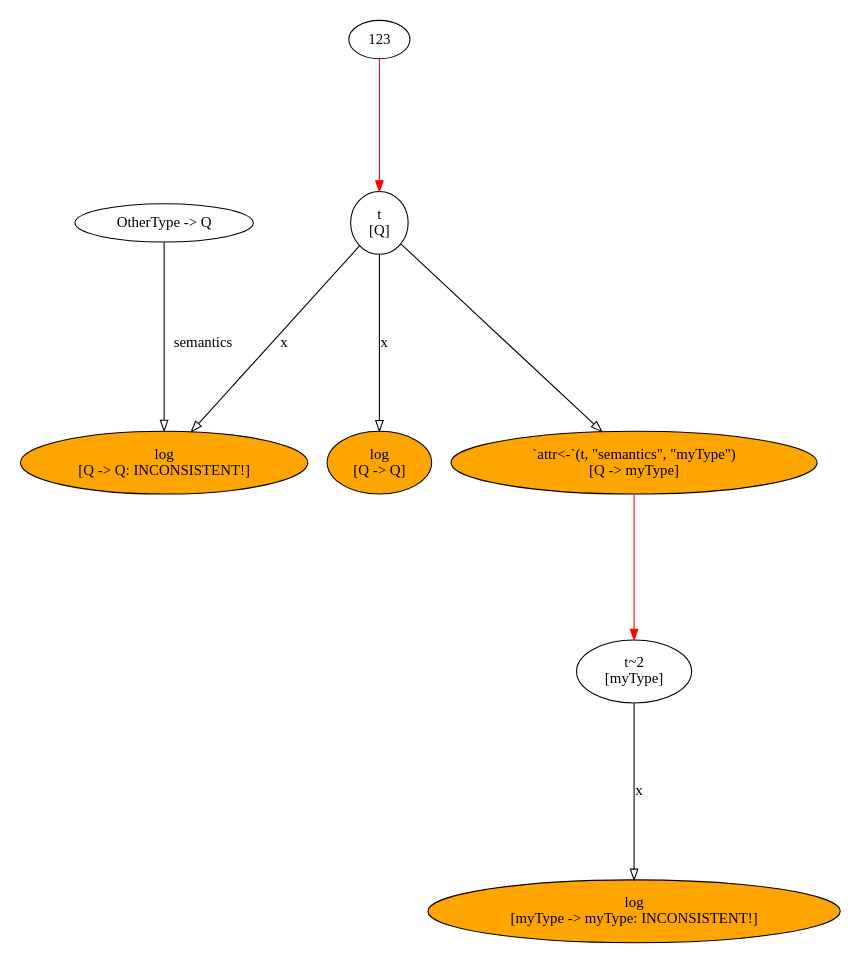
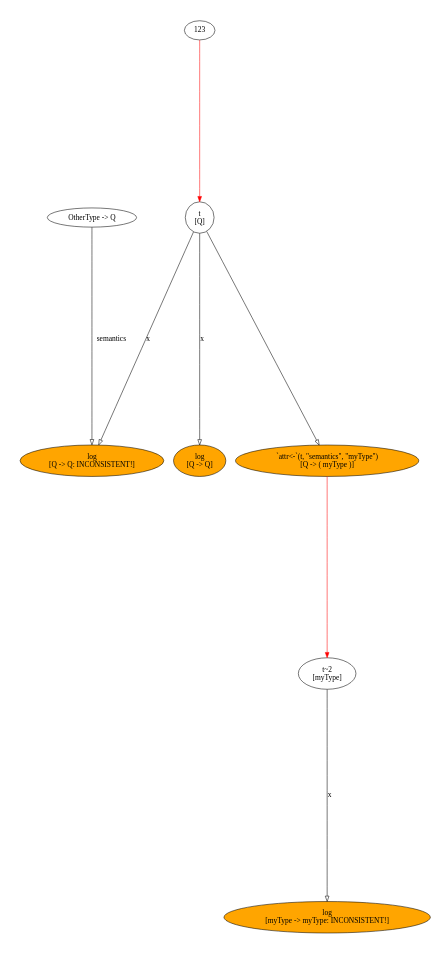
One commit to MatthiasHinz/AlgebR changed the diagram in output/inconsistentGraph.dot. Above: the diagram before and after it, drawn with Graphviz. The commit also changed 13 other files, not shown here.

```diff
--- a/output/inconsistentGraph.dot
+++ b/output/inconsistentGraph.dot
@@ -1,22 +1,22 @@
 digraph f {
-	graph [bgcolor=transparent, fontcolor=black, ratio=fill, splines=TRUE, rank=same, size="4.32291666666667,5.14583333333333", rankdir=TB];
+	graph [bgcolor=transparent, fontcolor=black, ratio=fill, splines=TRUE, rank=same, size="2.125,5.14583333333333", rankdir=TB];
 	node [label="\N", shape=ellipse, fixedsize=FALSE, fillcolor=white, style=filled, color=black, fontcolor=black, fontsize=14, height="0.5", width="0.75"];
 	edge [headport=center, style=solid, arrowhead=normal, color=black, dir=none, weight="1.0", fontcolor=black, arrowtail=none, fontsize=14, labelfontsize=11, arrowsize=1, minlen=1];
-	graph [bb="0,0,702,835.18"];
-	t [label="t \n[Q]", height="0.8171", pos="314,646"];
-	lt_6Lph7p [label=123, pos="314,802"];
-	fcall_lA72lk [label="log\n[Q -> Q]", fillcolor=orange, height="0.8171", width="1.2781", pos="314,439"];
-	fcall_KKmSSn [label="log\n[Q -> Q: INCONSISTENT!]", fillcolor=orange, height="0.8171", width="3.4788", pos="125,439"];
-	lt_LnxTYp [label="OtherType -> Q", width="2.0323", pos="125,646"];
-	"t~2" [label="t~2 \n[myType]", height="0.8171", width="1.4013", pos="525,261"];
-	expr_xoOajh [label="`attr<-`(t, \"semantics\", \"myType\")
-[Q -> myType]", fillcolor=orange, height="0.8171", width="4.0888", pos="525,439"];
-	fcall_I3UG0Z [label="log\n[myType -> myType: INCONSISTENT!]", fillcolor=orange, height="0.8171", width="4.919", pos="525,54"];
-	t -> fcall_lA72lk:center [arrowhead=onormal, dir=forward, weight=1, label=x, pos="e,314,468.59 314,616.5 314,580.64 314,518.93 314,478.8", lp="317.5,543"];
-	t -> fcall_KKmSSn:center [arrowhead=onormal, dir=forward, weight=1, label=x, pos="e,150.92,468.11 295.19,624.59 263.13,589.82 197.52,518.66 157.78,475.56", lp="229.5,543"];
-	t -> expr_xoOajh:center [arrowhead=onormal, dir=forward, weight=1, pos="e,496.04,468.14 333.85,625.71 369.32,591.25 444.05,518.64 488.85,475.13"];
-	lt_6Lph7p -> t:center [color=red, dir=forward, weight=1, pos="e,314,675.66 314,783.93 314,760.43 314,717.44 314,685.88"];
-	lt_LnxTYp -> fcall_KKmSSn:center [arrowhead=onormal, dir=forward, weight=1, label=semantics, pos="e,125,468.53 125,627.87 125,595.27 125,523.54 125,478.75", lp="152.6,543"];
-	"t~2" -> fcall_I3UG0Z:center [arrowhead=onormal, dir=forward, weight=1, label=x, pos="e,525,83.592 525,231.5 525,195.64 525,133.93 525,93.799", lp="528.5,158"];
-	expr_xoOajh -> "t~2":center [color=red, dir=forward, weight=1, pos="e,525,290.66 525,409.33 525,379.8 525,333.58 525,300.79"];
+	graph [bb="0,0,702,1697.6"];
+	t [label="t \n[Q]", height="0.8171", pos="314,1314"];
+	lt_W7XafJ [label=123, pos="314,1631"];
+	fcall_ZihhgP [label="log\n[Q -> Q]", fillcolor=orange, height="0.8171", width="1.2781", pos="314,893"];
+	fcall_4Ck7ab [label="log\n[Q -> Q: INCONSISTENT!]", fillcolor=orange, height="0.8171", width="3.4788", pos="125,893"];
+	lt_LiA8jE [label="OtherType -> Q", width="2.0323", pos="125,1314"];
+	"t~2" [label="t~2 \n[myType]", height="0.8171", width="1.4013", pos="525,531"];
+	expr_k1Fq6b [label="`attr<-`(t, \"semantics\", \"myType\")
+[Q -> ( myType )]", fillcolor=orange, height="0.8171", width="4.0888", pos="525,893"];
+	fcall_nVbP85 [label="log\n[myType -> myType: INCONSISTENT!]", fillcolor=orange, height="0.8171", width="4.919", pos="525,111"];
+	t -> fcall_ZihhgP:center [arrowhead=onormal, dir=forward, weight=1, label=x, pos="e,314,922.51 314,1284.5 314,1211.2 314,1015.9 314,932.57", lp="317.5,1103"];
+	t -> fcall_4Ck7ab:center [arrowhead=onormal, dir=forward, weight=1, label=x, pos="e,137.83,922.45 302.32,1287.1 270.08,1215.6 179.75,1015.4 141.96,931.6", lp="223.5,1103"];
+	t -> expr_k1Fq6b:center [arrowhead=onormal, dir=forward, weight=1, pos="e,510.75,922.29 326.72,1287.7 362.46,1216.8 463.86,1015.4 506.13,931.46"];
+	lt_W7XafJ -> t:center [color=red, dir=forward, weight=1, pos="e,314,1343.6 314,1612.6 314,1563.5 314,1422.9 314,1354"];
+	lt_LiA8jE -> fcall_4Ck7ab:center [arrowhead=onormal, dir=forward, weight=1, label=semantics, pos="e,125,922.57 125,1295.8 125,1233.8 125,1020.8 125,932.68", lp="152.6,1103"];
+	"t~2" -> fcall_nVbP85:center [arrowhead=onormal, dir=forward, weight=1, label=x, pos="e,525,140.65 525,501.27 525,427.95 525,233.85 525,150.7", lp="528.5,321"];
+	expr_k1Fq6b -> "t~2":center [color=red, dir=forward, weight=1, pos="e,525,560.55 525,863.45 525,799.25 525,643.45 525,570.67"];
 }
```
